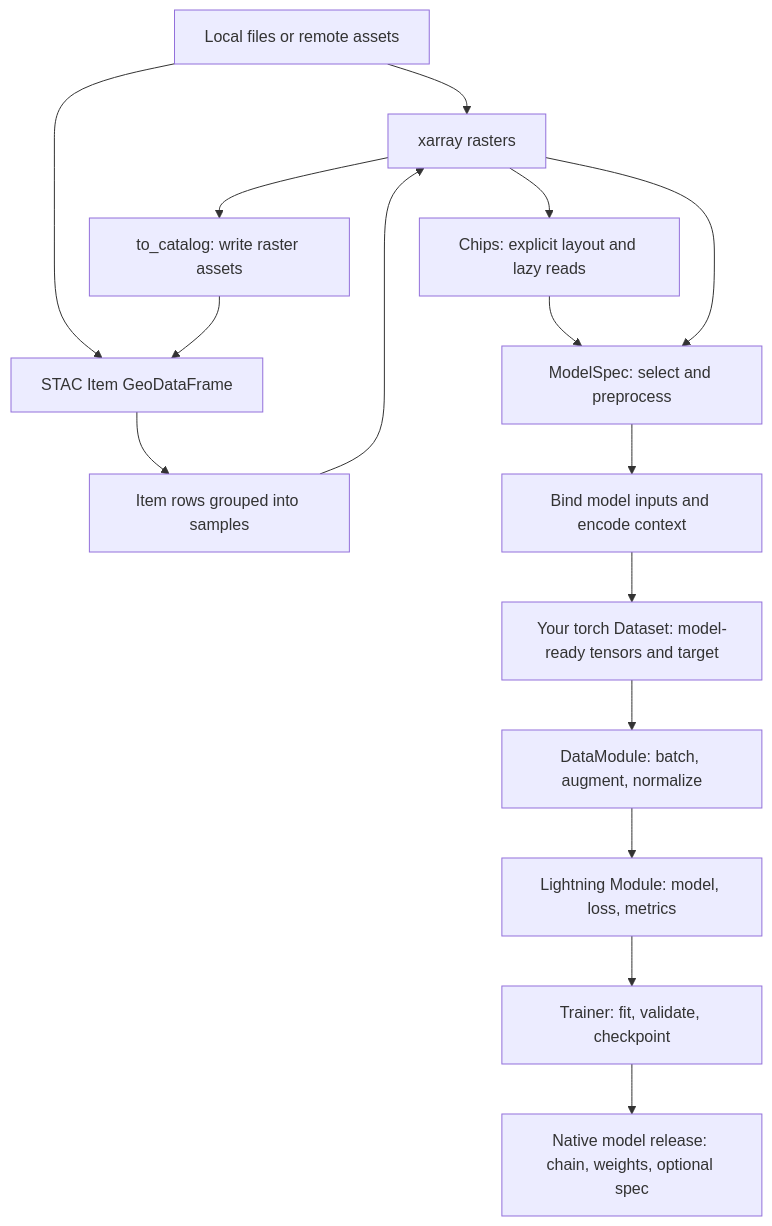
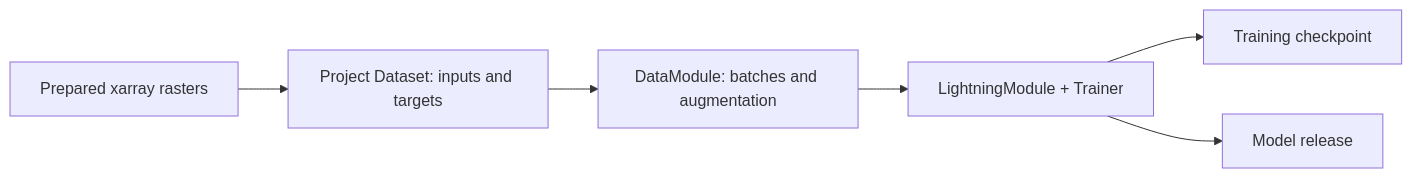
Before and after one commit to weedkat/geosave: the diagram in docs/concepts/data-flow.md, drawn with Mermaid. The commit also changed other lines of this file and 444 other files, not shown here.

First line of the commit message:
checkpoint: CF time cells, per-asset STAC loading, stac package owns load and publish

````diff
--- a/docs/concepts/data-flow.md
+++ b/docs/concepts/data-flow.md
@@ -48,18 +78,8 @@
 ```mermaid
-flowchart TD
-    files["Local files or remote assets"] --> native["xarray rasters"]
-    files --> items["STAC Item GeoDataFrame"]
-    native --> published["to_catalog: write raster assets"]
-    published --> items
-    items --> samples["Item rows grouped into samples"]
-    samples --> native
-    native --> chips["Chips: explicit layout and lazy reads"]
-    chips --> prep
-    native --> prep["ModelSpec: select and preprocess"]
-    prep --> bind["Bind model inputs and encode context"]
-    bind --> dataset["Your torch Dataset: model-ready tensors and target"]
-    dataset --> data["DataModule: batch, augment, normalize"]
-    data --> task["Lightning Module: model, loss, metrics"]
-    task --> trainer["Trainer: fit, validate, checkpoint"]
-    trainer --> release["Native model release: chain, weights, optional spec"]
+flowchart LR
+    rasters["Prepared xarray rasters"] --> samples["Project Dataset: inputs and targets"]
+    samples --> batches["DataModule: batches and augmentation"]
+    batches --> training["LightningModule + Trainer"]
+    training --> checkpoint["Training checkpoint"]
+    training --> release["Model release"]
 ```
````
